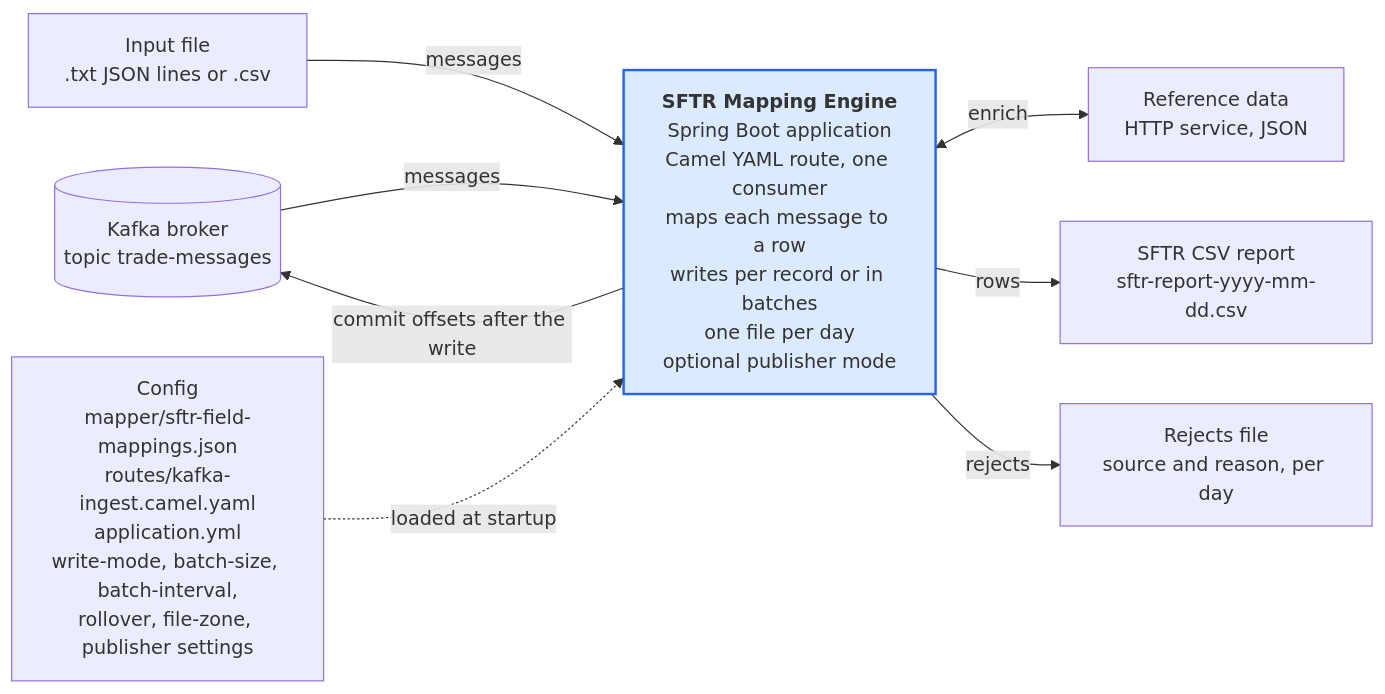
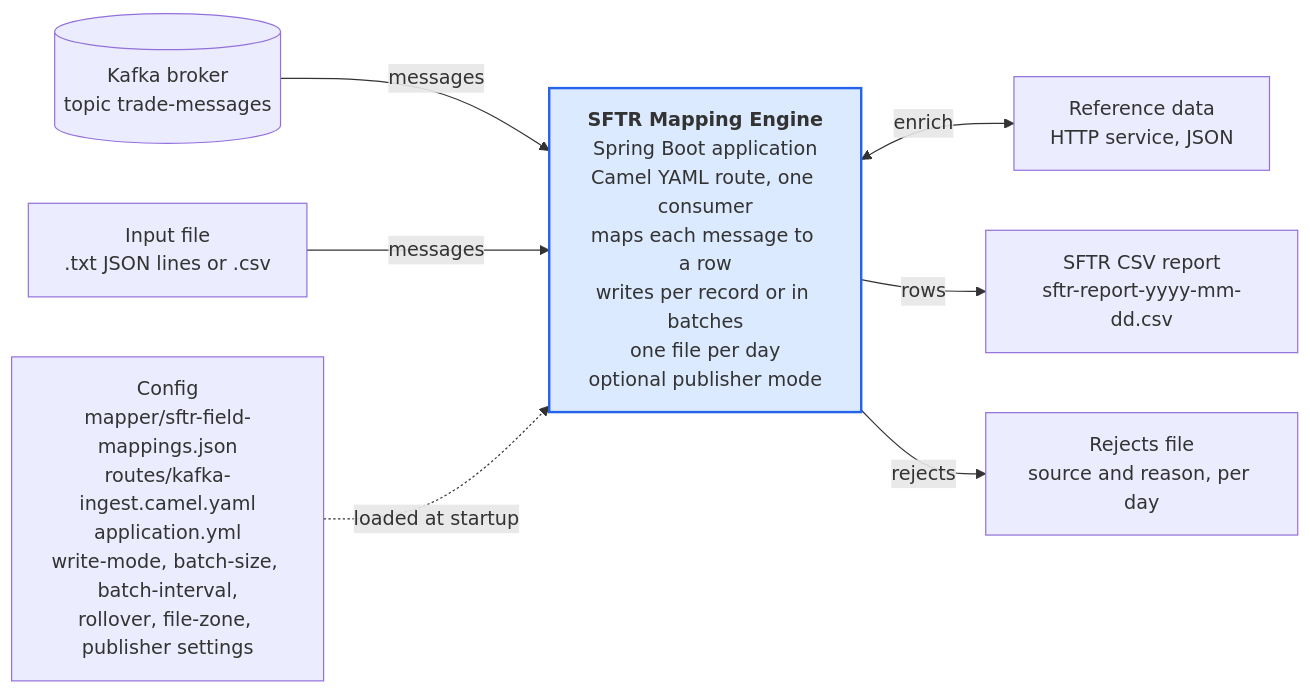
The second of 15 diagrams in docs/c4-architecture.md (shanregs/msg-transformer), drawn with Mermaid before and after one commit. The commit also changed other lines of this file and 14 other files, not shown here.

````diff
--- a/docs/c4-architecture.md
+++ b/docs/c4-architecture.md
@@ -29,13 +28,12 @@
 ```mermaid
 flowchart LR
     kafka[("Kafka broker<br/>topic trade-messages")] -->|messages| engine
-    engine -->|commit offsets after the write| kafka
     file["Input file<br/>.txt JSON lines or .csv"] -->|messages| engine
     cfg["Config<br/>mapper/sftr-field-mappings.json<br/>routes/kafka-ingest.camel.yaml<br/>application.yml<br/>write-mode, batch-size, batch-interval,<br/>rollover, file-zone, publisher settings"] -.->|loaded at startup| engine
     engine["<b>SFTR Mapping Engine</b><br/>Spring Boot application<br/>Camel YAML route, one consumer<br/>maps each message to a row<br/>writes per record or in batches<br/>one file per day<br/>optional publisher mode"]
     engine <-->|enrich| ref["Reference data<br/>HTTP service, JSON"]
     engine -->|rows| csv["SFTR CSV report<br/>sftr-report-yyyy-mm-dd.csv"]
     engine -->|rejects| rej["Rejects file<br/>source and reason, per day"]
 
     style engine fill:#dbeafe,stroke:#2563eb,stroke-width:2px
 ```
````
